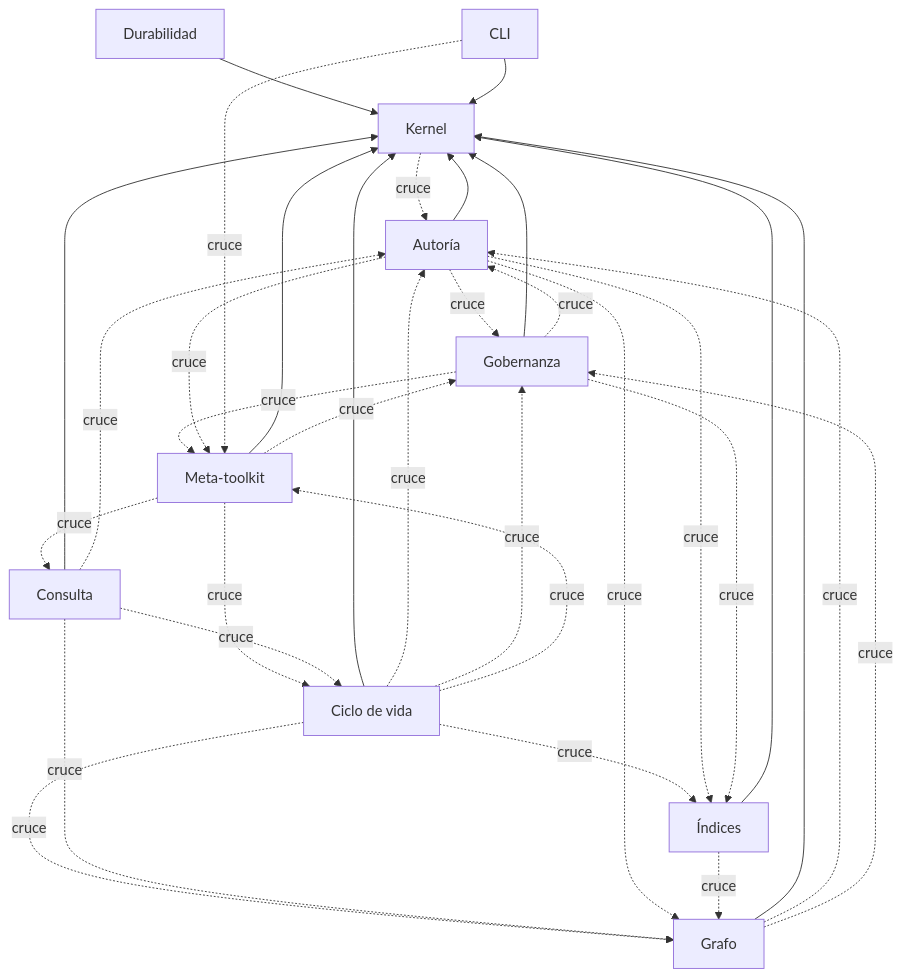
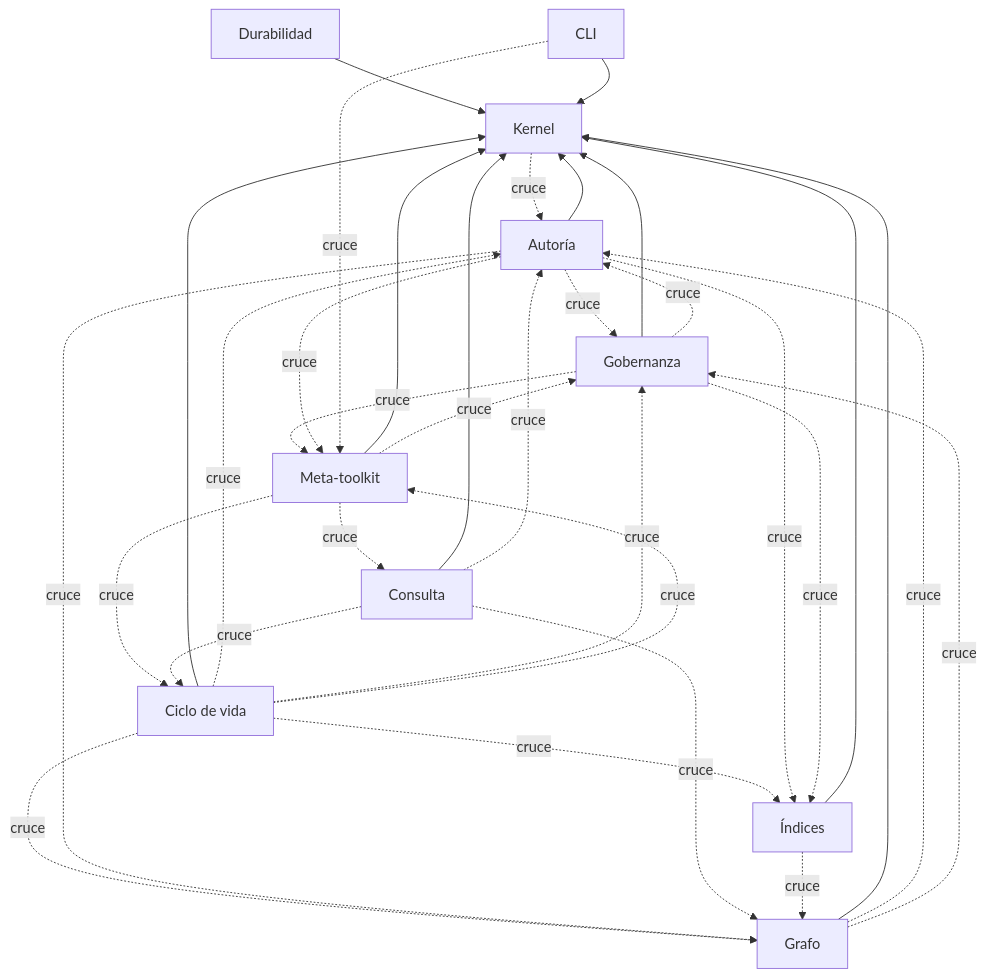
Before and after one commit to devcicm/Vault-Obsidian-Architecture: the diagram in docs/ARQUITECTURA.md, drawn with Mermaid. The commit also changed other lines of this file and 7 other files, not shown here.

First line of the commit message:
refactor(AP-57): vault_subgraph migra a vault/consulta con su cruce intacto

````diff
--- a/docs/ARQUITECTURA.md
+++ b/docs/ARQUITECTURA.md
@@ -17,45 +17,45 @@
 ```mermaid
 graph TD
     kernel["Kernel"]
     autoria["Autoría"]
     grafo["Grafo"]
     gobernanza["Gobernanza"]
     indices["Índices"]
     consulta["Consulta"]
     ciclo_de_vida["Ciclo de vida"]
     durabilidad["Durabilidad"]
     meta_toolkit["Meta-toolkit"]
     cli["CLI"]
     autoria --> kernel
     grafo --> kernel
     gobernanza --> kernel
     indices --> kernel
     consulta --> kernel
     ciclo_de_vida --> kernel
     durabilidad --> kernel
     meta_toolkit --> kernel
     cli --> kernel
     meta_toolkit -.->|cruce| gobernanza
     autoria -.->|cruce| gobernanza
     grafo -.->|cruce| autoria
     consulta -.->|cruce| autoria
     kernel -.->|cruce| autoria
     meta_toolkit -.->|cruce| consulta
     gobernanza -.->|cruce| meta_toolkit
     gobernanza -.->|cruce| autoria
     ciclo_de_vida -.->|cruce| indices
     ciclo_de_vida -.->|cruce| autoria
     ciclo_de_vida -.->|cruce| grafo
     ciclo_de_vida -.->|cruce| gobernanza
     meta_toolkit -.->|cruce| ciclo_de_vida
     ciclo_de_vida -.->|cruce| meta_toolkit
-    consulta -.->|cruce| grafo
     autoria -.->|cruce| meta_toolkit
     autoria -.->|cruce| indices
     cli -.->|cruce| meta_toolkit
     autoria -.->|cruce| grafo
     consulta -.->|cruce| ciclo_de_vida
+    consulta -.->|cruce| grafo
     gobernanza -.->|cruce| indices
     grafo -.->|cruce| gobernanza
     indices -.->|cruce| grafo
 ```
````
